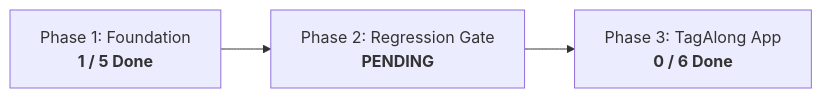
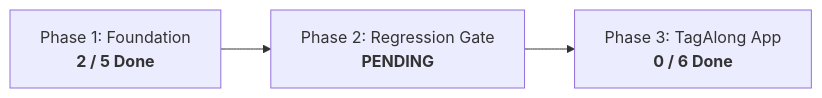
The diagram in docs/tagalong-task-tracker.md (maiatoday/tag-spotter), drawn with Mermaid before and after one commit. The commit also changed other lines of this file and 10 other files, not shown here.

````diff
--- a/docs/tagalong-task-tracker.md
+++ b/docs/tagalong-task-tracker.md
@@ -12,5 +12,5 @@
 ```mermaid
 flowchart LR
-    P1[Phase 1: Foundation<br><b>1 / 5 Done</b>] --> P2[Phase 2: Regression Gate<br><b>PENDING</b>]
+    P1[Phase 1: Foundation<br><b>2 / 5 Done</b>] --> P2[Phase 2: Regression Gate<br><b>PENDING</b>]
     P2 --> P3[Phase 3: TagAlong App<br><b>0 / 6 Done</b>]
 ```
````
